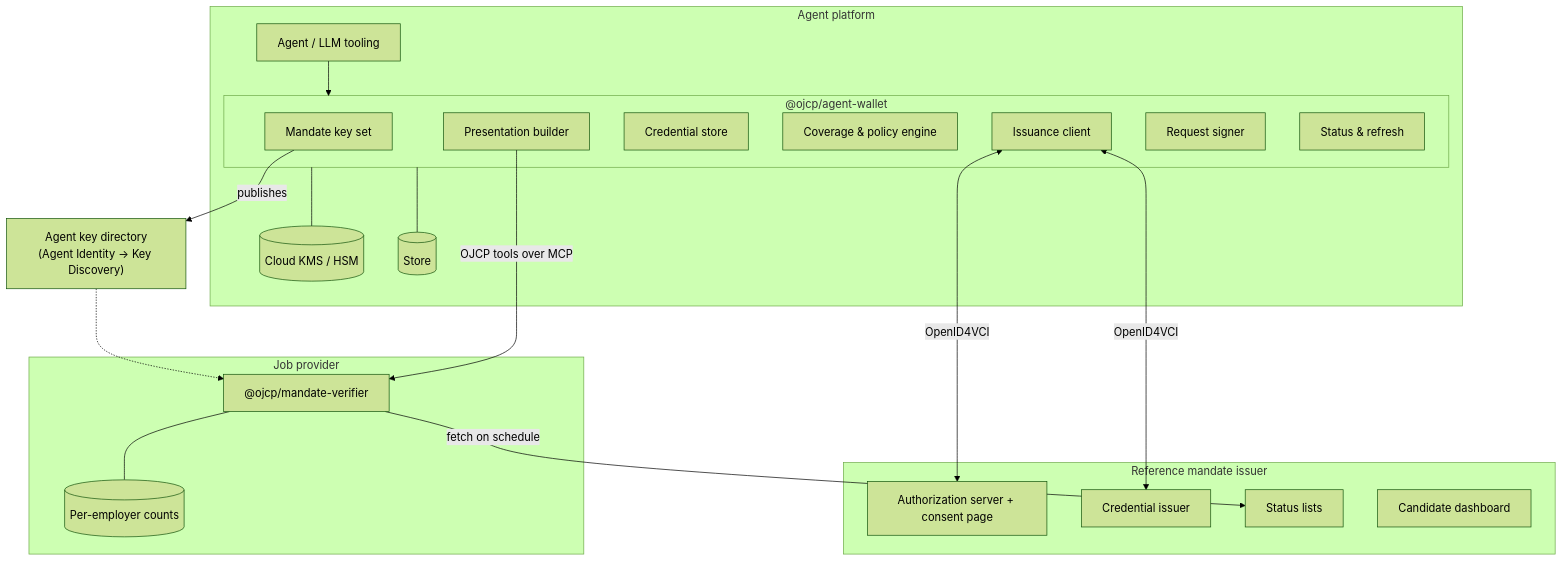
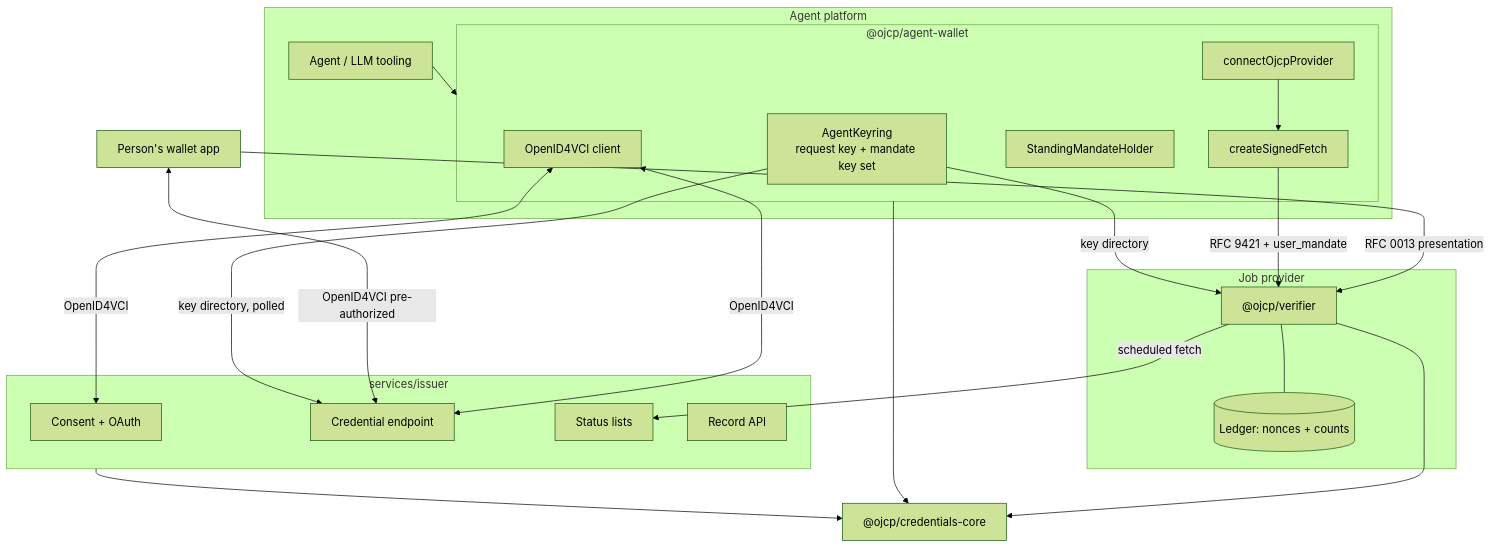
Before and after one commit to ojcp-org/credentials: the diagram in docs/architecture.md, drawn with Mermaid (forest theme). The commit also changed other lines of this file and 104 other files, not shown here.

First line of the commit message:
Build the agent wallet, verifier and issuer in TypeScript

````diff
--- a/docs/architecture.md
+++ b/docs/architecture.md
@@ -19,36 +19,33 @@
 ```mermaid
 flowchart TB
   subgraph AP[Agent platform]
     LLM[Agent / LLM tooling] --> AW
     subgraph AW["@ojcp/agent-wallet"]
-      KS[Mandate key set]
-      ISS[Issuance client]
-      CS[Credential store]
-      POL[Coverage & policy engine]
-      PR[Presentation builder]
-      SIG[Request signer]
-      ST[Status & refresh]
+      KR[AgentKeyring<br/>request key + mandate key set]
+      VCI[OpenID4VCI client]
+      H[StandingMandateHolder]
+      SF[createSignedFetch]
+      MCP[connectOjcpProvider]
     end
-    KMS[(Cloud KMS / HSM)]
-    DB[(Store)]
-    AW --- KMS
-    AW --- DB
   end
-  subgraph MI[Reference mandate issuer]
-    AS[Authorization server + consent page]
-    CI[Credential issuer]
+  subgraph IS[services/issuer]
+    AS[Consent + OAuth]
+    CI[Credential endpoint]
     SL[Status lists]
-    DASH[Candidate dashboard]
+    REC[Record API]
   end
   subgraph JP[Job provider]
-    MV["@ojcp/mandate-verifier"]
-    CNT[(Per-employer counts)]
+    V["@ojcp/verifier"]
+    L[(Ledger: nonces + counts)]
   end
-  ISS <-->|OpenID4VCI| AS
-  ISS <-->|OpenID4VCI| CI
-  PR -->|OJCP tools over MCP| MV
-  MV -->|fetch on schedule| SL
-  MV --- CNT
-  DIR["Agent key directory<br/>(Agent Identity → Key Discovery)"] -.-> MV
-  KS -->|publishes| DIR
+  W[Person's wallet app] -->|RFC 0013 presentation| V
+  VCI <-->|OpenID4VCI| AS
+  VCI <-->|OpenID4VCI| CI
+  W <-->|OpenID4VCI pre-authorized| CI
+  MCP --> SF -->|RFC 9421 + user_mandate| V
+  V -->|scheduled fetch| SL
+  V --- L
+  KR -->|key directory| V
+  KR -->|key directory, polled| CI
+  AW & V & IS --> CORE["@ojcp/credentials-core"]
 ```
````
